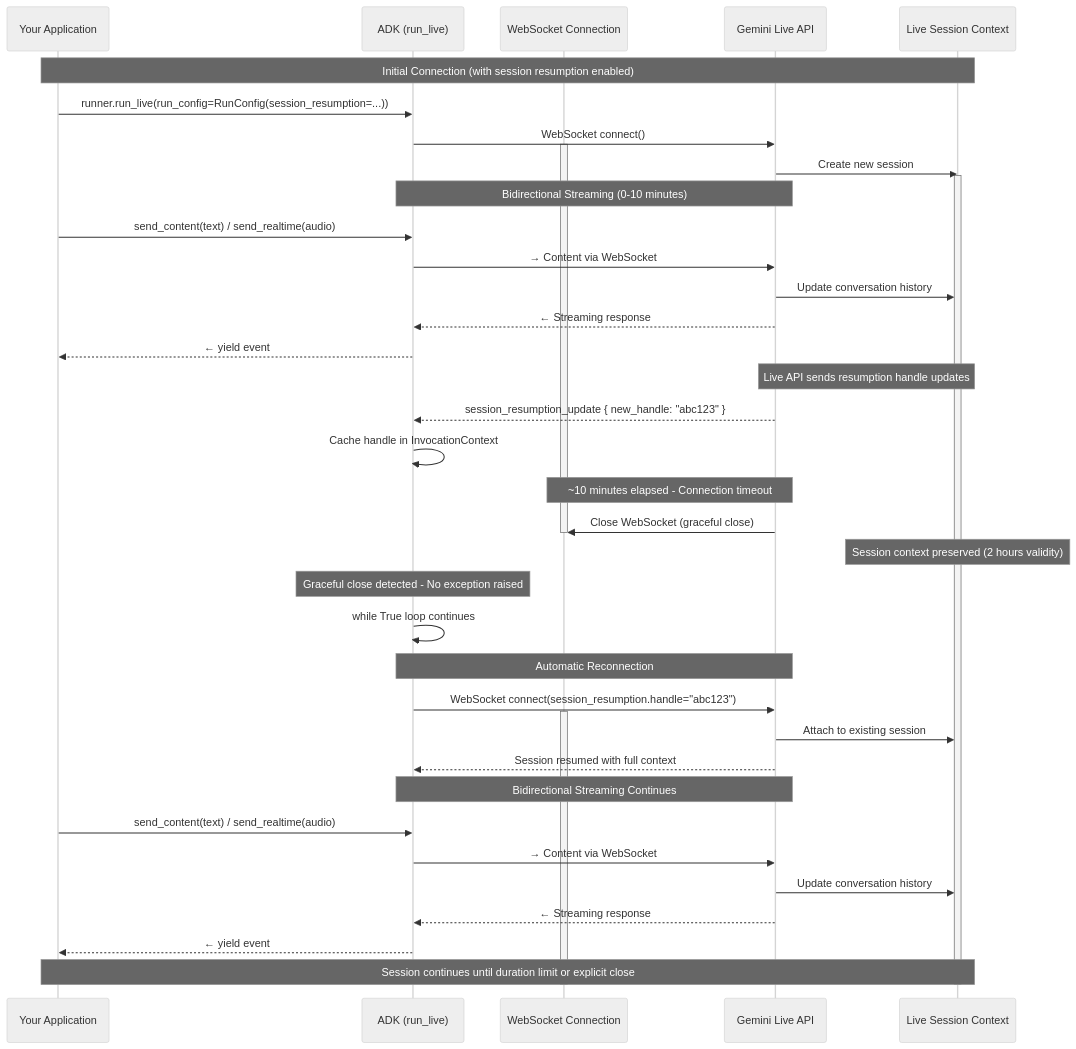
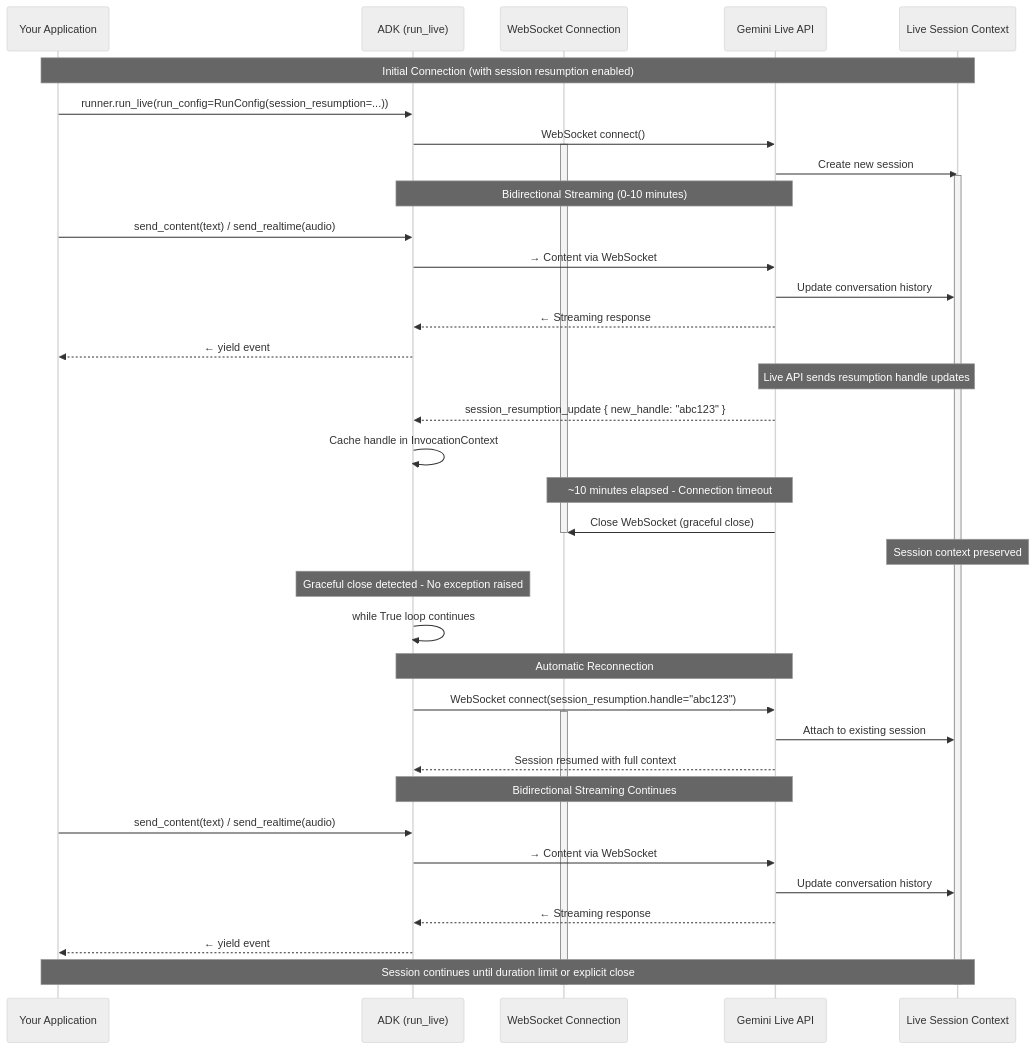
The fourth of 4 diagrams in docs/part4_run_config.md (kazunori279/adk-streaming-guide), drawn with Mermaid (neutral theme) before and after one commit. The commit also changed other lines of this file, not shown here.

````diff
--- a/docs/part4_run_config.md
+++ b/docs/part4_run_config.md
@@ -352,57 +351,57 @@
 ```mermaid
 sequenceDiagram
     participant App as Your Application
     participant ADK as ADK (run_live)
     participant WS as WebSocket Connection
     participant API as Gemini Live API
     participant Session as Live Session Context
 
     Note over App,Session: Initial Connection (with session resumption enabled)
 
     App->>ADK: runner.run_live(run_config=RunConfig(session_resumption=...))
     ADK->>API: WebSocket connect()
     activate WS
     API->>Session: Create new session
     activate Session
 
     Note over ADK,API: Bidirectional Streaming (0-10 minutes)
 
     App->>ADK: send_content(text) / send_realtime(audio)
     ADK->>API: → Content via WebSocket
     API->>Session: Update conversation history
     API-->>ADK: ← Streaming response
     ADK-->>App: ← yield event
 
     Note over API,Session: Live API sends resumption handle updates
     API-->>ADK: session_resumption_update { new_handle: "abc123" }
     ADK->>ADK: Cache handle in InvocationContext
 
     Note over WS,API: ~10 minutes elapsed - Connection timeout
 
     API->>WS: Close WebSocket (graceful close)
     deactivate WS
-    Note over Session: Session context preserved (2 hours validity)
+    Note over Session: Session context preserved
 
     Note over ADK: Graceful close detected - No exception raised
     ADK->>ADK: while True loop continues
 
     Note over ADK,API: Automatic Reconnection
 
     ADK->>API: WebSocket connect(session_resumption.handle="abc123")
     activate WS
     API->>Session: Attach to existing session
     API-->>ADK: Session resumed with full context
 
     Note over ADK,API: Bidirectional Streaming Continues
 
     App->>ADK: send_content(text) / send_realtime(audio)
     ADK->>API: → Content via WebSocket
     API->>Session: Update conversation history
     API-->>ADK: ← Streaming response
     ADK-->>App: ← yield event
 
     Note over App,Session: Session continues until duration limit or explicit close
 
     deactivate WS
     deactivate Session
 ```
````
